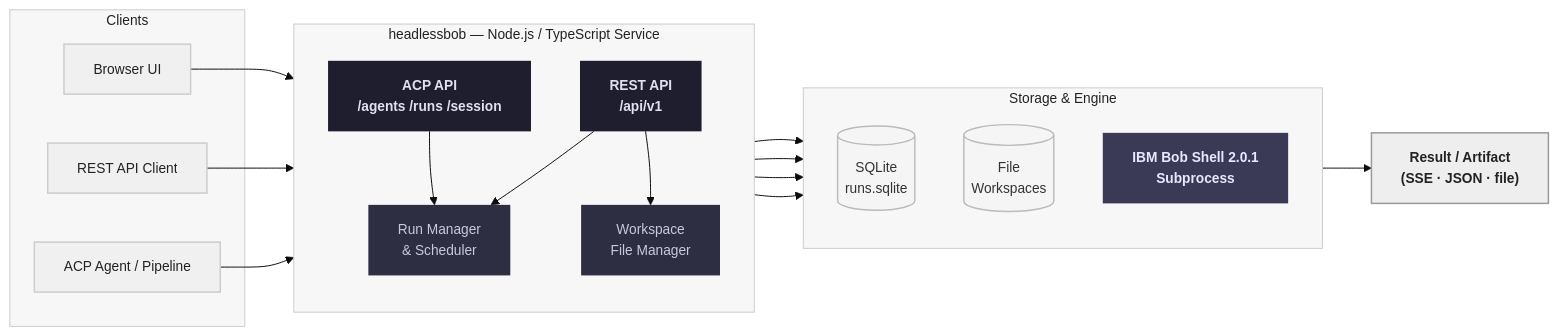
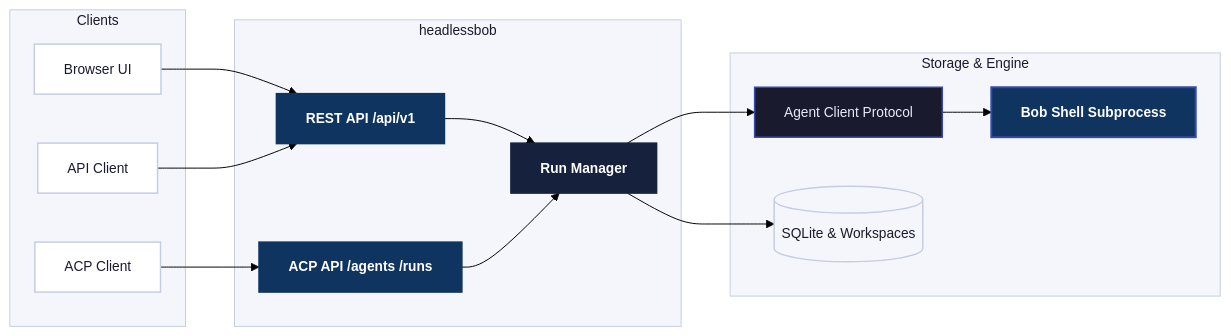
The diagram in docs-src/ai-core/ai-engineering/headless-bob.md (ibm-self-serve-assets/building-blocks-docs), drawn with Mermaid before and after one commit. The commit also changed other lines of this file, not shown here.

Commit message:
updated headlessbob

````diff
--- a/docs-src/ai-core/ai-engineering/headless-bob.md
+++ b/docs-src/ai-core/ai-engineering/headless-bob.md
@@ -36,45 +36,44 @@
 ```mermaid
-%%{init: {'theme': 'base', 'themeVariables': {'clusterBkg': '#f7f7f7', 'clusterBorder': '#cccccc', 'titleColor': '#222222', 'edgeLabelBackground': '#ffffff', 'fontSize': '14px'}}}%%
+%%{init: {'theme': 'base', 'themeVariables': {'background': '#ffffff', 'primaryColor': '#ffffff', 'clusterBkg': '#f4f6fb', 'clusterBorder': '#c5cde0', 'titleColor': '#1a1a2e', 'fontSize': '14px'}}}%%
 flowchart LR
     subgraph Clients["Clients"]
-        UI["Browser UI"]:::client
-        RESTClient["REST API Client"]:::client
-        ACPClient["ACP Agent / Pipeline"]:::client
+        UI[Browser UI]
+        Client[API Client]
+        Agent[ACP Client]
     end
 
-    subgraph Service["headlessbob — Node.js / TypeScript Service"]
-        direction TB
-        REST["REST API\n/api/v1"]:::api
-        ACP["ACP API\n/agents  /runs  /session"]:::api
-        Manager["Run Manager\n& Scheduler"]:::internal
-        Files["Workspace\nFile Manager"]:::internal
+    subgraph Service["headlessbob"]
+        REST[REST API /api/v1]
+        ACP[ACP API /agents /runs]
+        Manager[Run Manager]
     end
 
     subgraph Backend["Storage & Engine"]
-        direction TB
-        Store[("SQLite\nruns.sqlite")]:::store
-        Workspaces[("File\nWorkspaces")]:::store
-        Bob["IBM Bob Shell 2.0.1\nSubprocess"]:::bob
+        Protocol[Agent Client Protocol]
+        Bob[Bob Shell Subprocess]
+        Store[(SQLite & Workspaces)]
     end
 
-    Result["Result / Artifact\n(SSE · JSON · file)"]:::result
-
     UI --> REST
-    RESTClient --> REST
-    ACPClient --> ACP
+    Client --> REST
+    Agent --> ACP
     REST --> Manager
     ACP --> Manager
-    REST --> Files
-    Manager --> Bob
+    Manager --> Protocol
+    Protocol --> Bob
     Manager --> Store
-    Manager --> Workspaces
-    Files --> Workspaces
-    Bob --> Result
 
-    classDef client   fill:#f0f0f0,color:#222222,stroke:#cccccc,stroke-width:1.5px
-    classDef api      fill:#1e1e2e,color:#e0e0f0,stroke:none,font-weight:600
-    classDef internal fill:#2e2e42,color:#c8c8e0,stroke:none
-    classDef bob      fill:#3a3a56,color:#e8e8ff,stroke:none,font-weight:600
-    classDef store    fill:#f5f5f5,color:#333333,stroke:#bbbbbb,stroke-width:1.5px
-    classDef result   fill:#eeeeee,color:#222222,stroke:#999999,stroke-width:1.5px,font-weight:600
+    classDef client  fill:#ffffff,color:#1a1a2e,stroke:#c5cde0,stroke-width:1.5px
+    classDef api     fill:#0f3460,color:#ffffff,stroke:#0f3460,stroke-width:1.5px,font-weight:600
+    classDef manager fill:#16213e,color:#ffffff,stroke:#16213e,stroke-width:1.5px,font-weight:600
+    classDef runtime fill:#1a1a2e,color:#e8eaf6,stroke:#3949ab,stroke-width:1.5px
+    classDef bob     fill:#0f3460,color:#ffffff,stroke:#3949ab,stroke-width:2px,font-weight:600
+    classDef store   fill:#f4f6fb,color:#1a1a2e,stroke:#c5cde0,stroke-width:1.5px
+
+    class UI,Client,Agent client
+    class REST,ACP api
+    class Manager manager
+    class Protocol runtime
+    class Bob bob
+    class Store store
 ```
````
